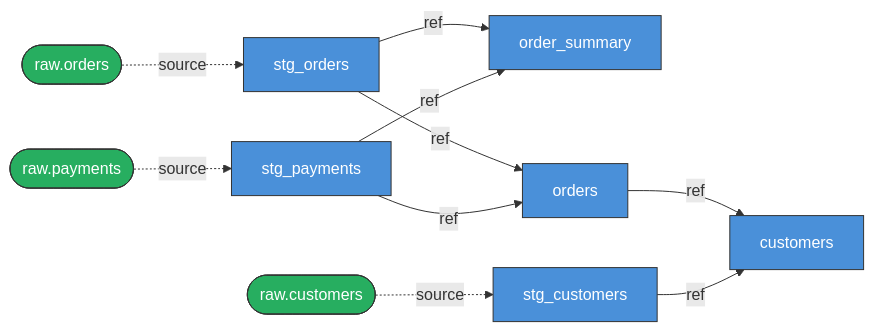
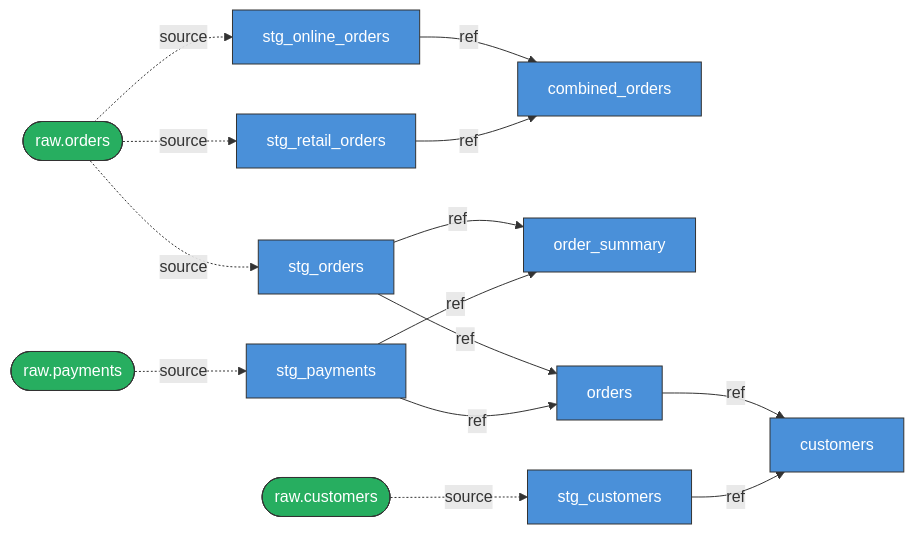
One commit to eitsupi/dlin changed the diagram in README.md. Above: the diagram before and after it, drawn with Mermaid. The commit also changed other lines of this file and 9 other files, not shown here.

````diff
--- a/README.md
+++ b/README.md
@@ -43,34 +49,44 @@
 ```mermaid
 flowchart LR
+    model_combined_orders["combined_orders"]
     model_customers["customers"]
     model_order_summary["order_summary"]
     model_orders["orders"]
     model_stg_customers["stg_customers"]
+    model_stg_online_orders["stg_online_orders"]
     model_stg_orders["stg_orders"]
     model_stg_payments["stg_payments"]
+    model_stg_retail_orders["stg_retail_orders"]
     source_raw_customers(["raw.customers"])
     source_raw_orders(["raw.orders"])
     source_raw_payments(["raw.payments"])
 
     model_orders -->|ref| model_customers
     model_stg_customers -->|ref| model_customers
+    model_stg_online_orders -->|ref| model_combined_orders
     model_stg_orders -->|ref| model_order_summary
     model_stg_orders -->|ref| model_orders
     model_stg_payments -->|ref| model_order_summary
     model_stg_payments -->|ref| model_orders
+    model_stg_retail_orders -->|ref| model_combined_orders
     source_raw_customers -.->|source| model_stg_customers
+    source_raw_orders -.->|source| model_stg_online_orders
     source_raw_orders -.->|source| model_stg_orders
+    source_raw_orders -.->|source| model_stg_retail_orders
     source_raw_payments -.->|source| model_stg_payments
 
     classDef model fill:#4A90D9,stroke:#333,color:#fff
     classDef source fill:#27AE60,stroke:#333,color:#fff
+    class model_combined_orders model
     class model_customers model
     class model_order_summary model
     class model_orders model
     class model_stg_customers model
+    class model_stg_online_orders model
     class model_stg_orders model
     class model_stg_payments model
+    class model_stg_retail_orders model
     class source_raw_customers source
     class source_raw_orders source
     class source_raw_payments source
 ```
````
